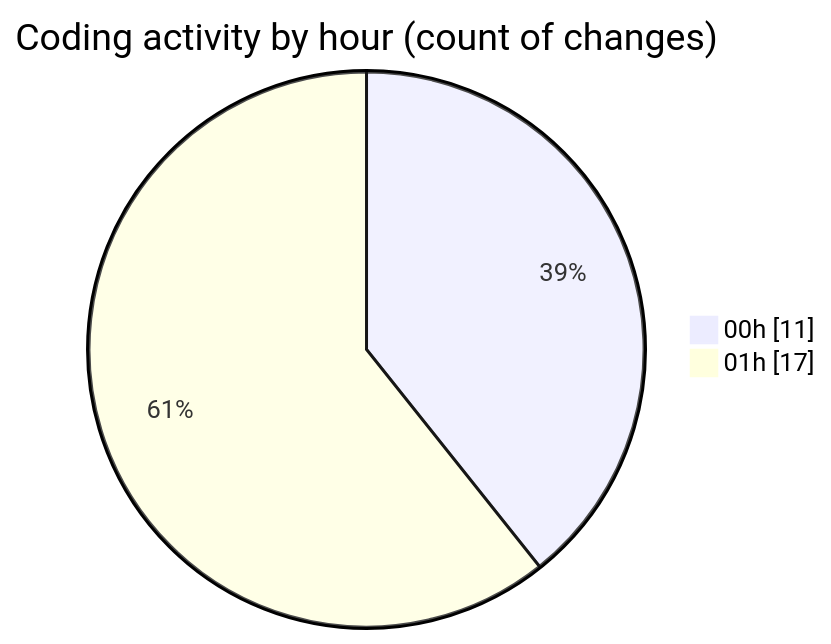
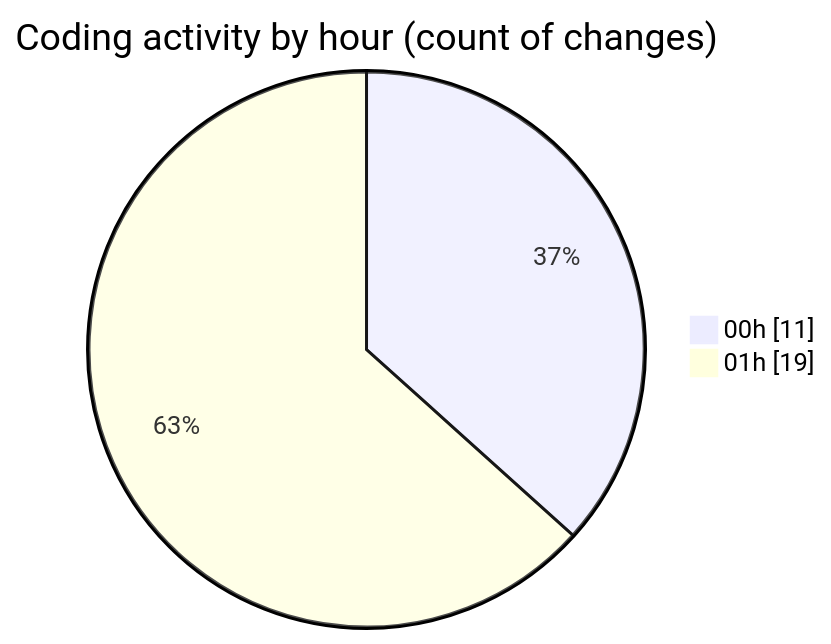
The second of 2 diagrams in 2025-01-02/mods/README.md (3Nya3/code-tracking), drawn with Mermaid before and after one commit. The commit also changed other lines of this file and 1 other file, not shown here.

````diff
--- a/2025-01-02/mods/README.md
+++ b/2025-01-02/mods/README.md
@@ -29,6 +29,6 @@
 ```mermaid
 pie showData
 title Coding activity by hour (count of changes)
 "00h" : 11
-"01h" : 17
+"01h" : 19
 ```
````
